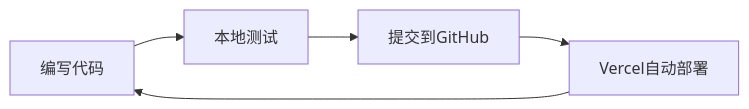
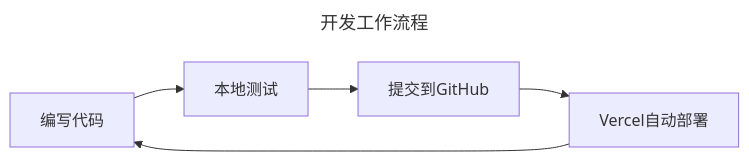
The diagram in docs/tutorials/docusaurus-tutorial.mdx (ChanMeng666/ai-programming-teaching-project), drawn with Mermaid before and after one commit. The commit also changed other lines of this file and 3 other files, not shown here.

Commit message:
Fix mermaid chart display issue

````diff
--- a/docs/tutorials/docusaurus-tutorial.mdx
+++ b/docs/tutorials/docusaurus-tutorial.mdx
@@ -110,7 +110,10 @@
 ```mermaid
-graph LR
+---
+title: 开发工作流程
+---
+flowchart LR
     A[编写代码] --> B[本地测试]
     B --> C[提交到GitHub]
     C --> D[Vercel自动部署]
     D --> A
 ```
````
